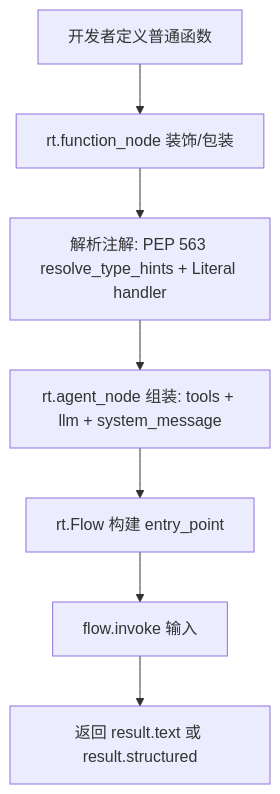
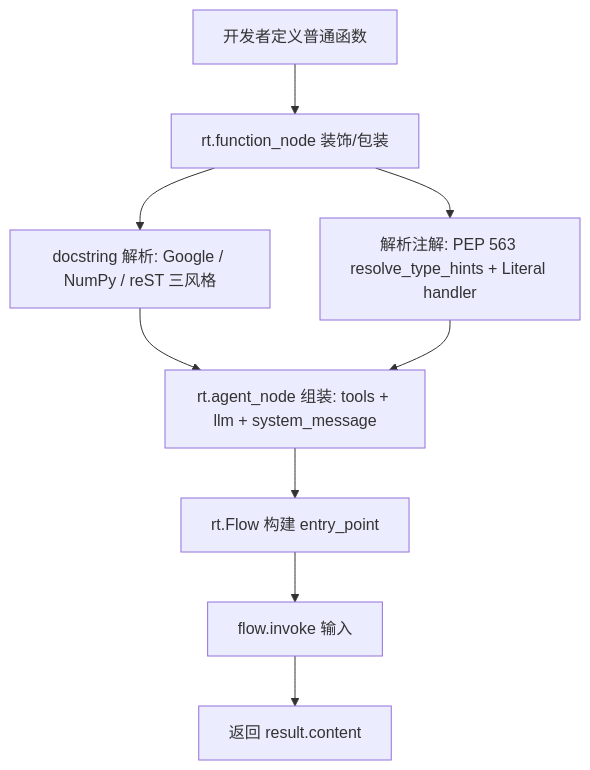
One commit to czm233/gitwire-vault changed the first of 6 diagrams in RailtownAI-railtracks/business-logic.md. Above: the diagram before and after it, drawn with Mermaid. The commit also changed other lines of this file and 10 other files, not shown here.

````diff
--- a/RailtownAI-railtracks/business-logic.md
+++ b/RailtownAI-railtracks/business-logic.md
@@ -7,9 +7,11 @@
 ```mermaid
 flowchart TD
     A[开发者定义普通函数] --> B[rt.function_node 装饰/包装]
+    B --> B1[docstring 解析: Google / NumPy / reST 三风格]
     B --> B2[解析注解: PEP 563 resolve_type_hints + Literal handler]
-    B2 --> C[rt.agent_node 组装: tools + llm + system_message]
+    B1 --> C[rt.agent_node 组装: tools + llm + system_message]
+    B2 --> C
     C --> D[rt.Flow 构建 entry_point]
     D --> E[flow.invoke 输入]
-    E --> F[返回 result.text 或 result.structured]
+    E --> F[返回 result.content]
 ```
````
